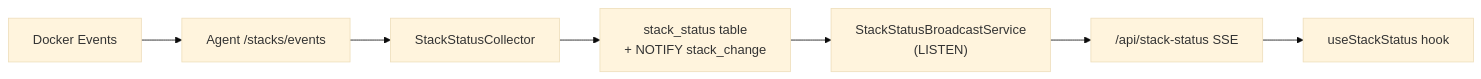
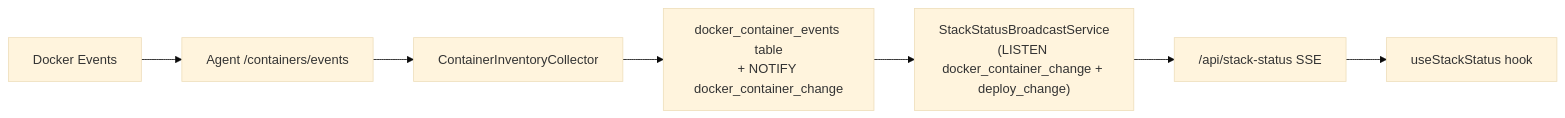
Before and after one commit to jaredglaser/homelab-manager: the fourth of 5 diagrams in docs/architecture.md, drawn with Mermaid (base theme). The commit also changed other lines of this file and 24 other files, not shown here.

````diff
--- a/docs/architecture.md
+++ b/docs/architecture.md
@@ -219,12 +219,12 @@
 ```mermaid
 flowchart LR
     DE["Docker Events"]
-    AE["Agent /stacks/events"]
-    SC["StackStatusCollector"]
-    DB["stack_status table<br/>+ NOTIFY stack_change"]
-    BS["StackStatusBroadcastService<br/>(LISTEN)"]
+    AE["Agent /containers/events"]
+    CIC["ContainerInventoryCollector"]
+    DB["docker_container_events table<br/>+ NOTIFY docker_container_change"]
+    BS["StackStatusBroadcastService<br/>(LISTEN docker_container_change + deploy_change)"]
     SSE["/api/stack-status SSE"]
     UI["useStackStatus hook"]
 
-    DE --> AE --> SC --> DB --> BS --> SSE --> UI
+    DE --> AE --> CIC --> DB --> BS --> SSE --> UI
 ```
````
